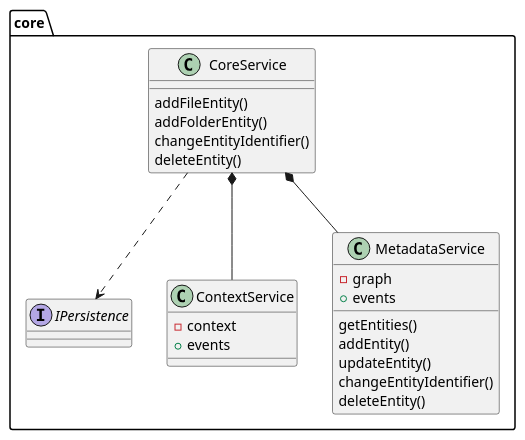
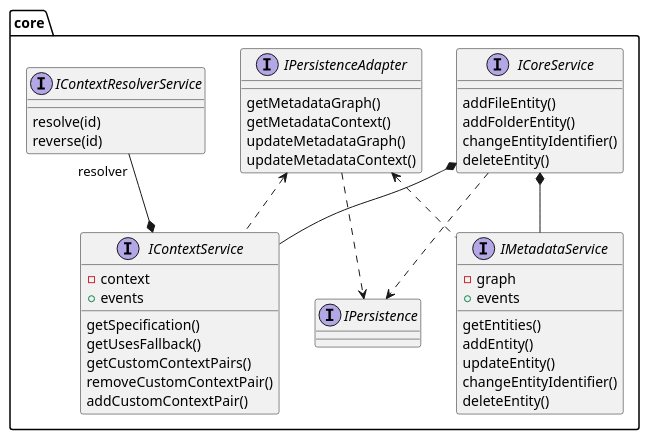
One commit to kit-data-manager/NovaCrate changed the diagram in docs/figures/lib-v2/lib-core.plantuml. Above: the diagram before and after it, drawn with PlantUML. The commit also changed 10 other files, not shown here.

Commit message:
WIP: implement core context service

```diff
--- a/docs/figures/lib-v2/lib-core.plantuml
+++ b/docs/figures/lib-v2/lib-core.plantuml
@@ -1,34 +1,57 @@
 @startuml
 
 package core {
     interface IPersistence
 
-    class CoreService {
+    interface ICoreService {
         addFileEntity()
         addFolderEntity()
         changeEntityIdentifier()
         deleteEntity()
     }
 
-    CoreService ..> IPersistence
-    CoreService *-- ContextService
-    CoreService *-- MetadataService
+    interface IPersistenceAdapter {
+        getMetadataGraph()
+        getMetadataContext()
+        updateMetadataGraph()
+        updateMetadataContext()
+    }
 
-    class ContextService {
+    ICoreService ..> IPersistence
+    ICoreService *-- IContextService
+    ICoreService *-- IMetadataService
+
+    interface IContextService {
         - context
         + events
+        getSpecification()
+        getUsesFallback()
+        getCustomContextPairs()
+        removeCustomContextPair()
+        addCustomContextPair()
     }
 
-    class MetadataService {
+    interface IContextResolverService {
+        resolve(id)
+        reverse(id)
+    }
+
+    IContextResolverService "resolver" --* IContextService
+
+    interface IMetadataService {
         - graph
         + events
 
         getEntities()
         addEntity()
         updateEntity()
         changeEntityIdentifier()
         deleteEntity()
     }
+
+    IPersistenceAdapter <.. IMetadataService
+    IPersistenceAdapter <.. IContextService
+    IPersistenceAdapter ..> IPersistence
 }
 
 @enduml
```
